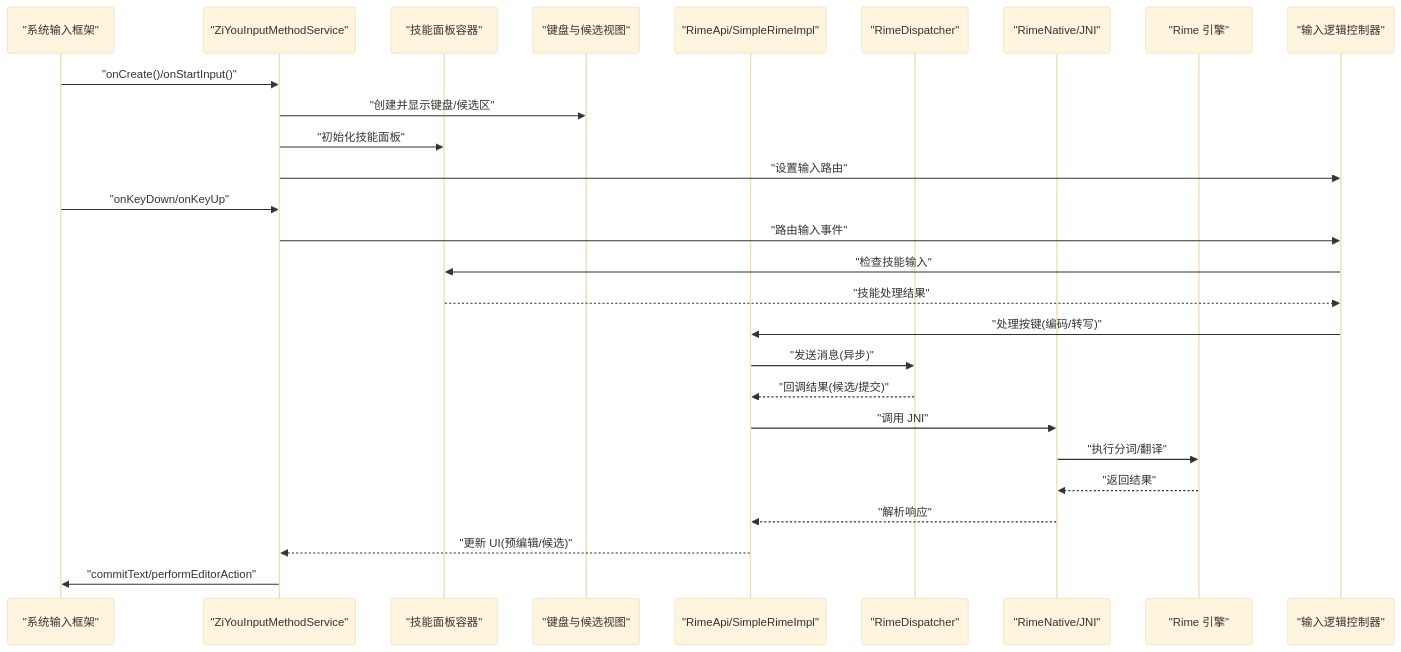
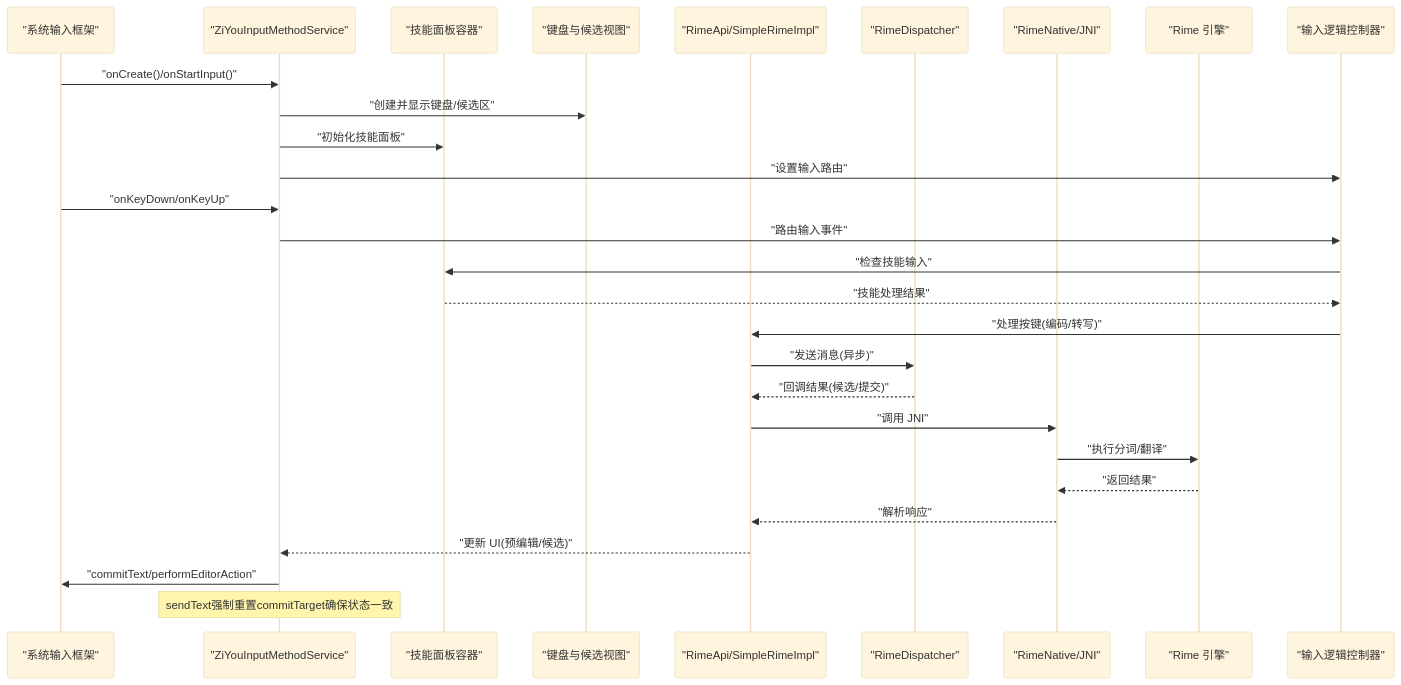
One commit to qiaodashaoye/ziyou-ime changed the second of 6 diagrams in .qoder/repowiki/zh/content/输入法服务.md. Above: the diagram before and after it, drawn with Mermaid (base theme). The commit also changed other lines of this file and 11 other files, not shown here.

````diff
--- a/.qoder/repowiki/zh/content/输入法服务.md
+++ b/.qoder/repowiki/zh/content/输入法服务.md
@@ -163,29 +163,30 @@
 ```mermaid
 sequenceDiagram
 participant System as "系统输入框架"
 participant Service as "ZiYouInputMethodService"
 participant SkillPanel as "技能面板容器"
 participant Views as "键盘与候选视图"
 participant Core as "RimeApi/SimpleRimeImpl"
 participant Dispatcher as "RimeDispatcher"
 participant Native as "RimeNative/JNI"
 participant Engine as "Rime 引擎"
 participant InputController as "输入逻辑控制器"
 System->>Service : "onCreate()/onStartInput()"
 Service->>Views : "创建并显示键盘/候选区"
 Service->>SkillPanel : "初始化技能面板"
 Service->>InputController : "设置输入路由"
 System->>Service : "onKeyDown/onKeyUp"
 Service->>InputController : "路由输入事件"
 InputController->>SkillPanel : "检查技能输入"
 SkillPanel-->>InputController : "技能处理结果"
 InputController->>Core : "处理按键(编码/转写)"
 Core->>Dispatcher : "发送消息(异步)"
 Dispatcher-->>Core : "回调结果(候选/提交)"
 Core->>Native : "调用 JNI"
 Native->>Engine : "执行分词/翻译"
 Engine-->>Native : "返回结果"
 Native-->>Core : "解析响应"
 Core-->>Service : "更新 UI(预编辑/候选)"
 Service->>System : "commitText/performEditorAction"
+Note over Service : sendText强制重置commitTarget确保状态一致
 ```
````
